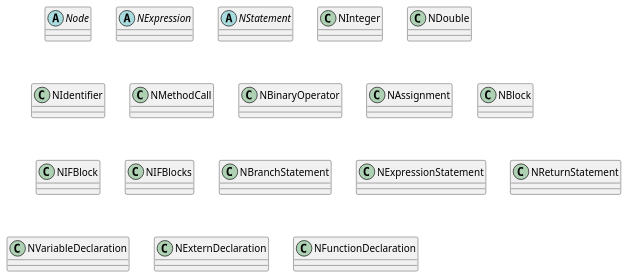
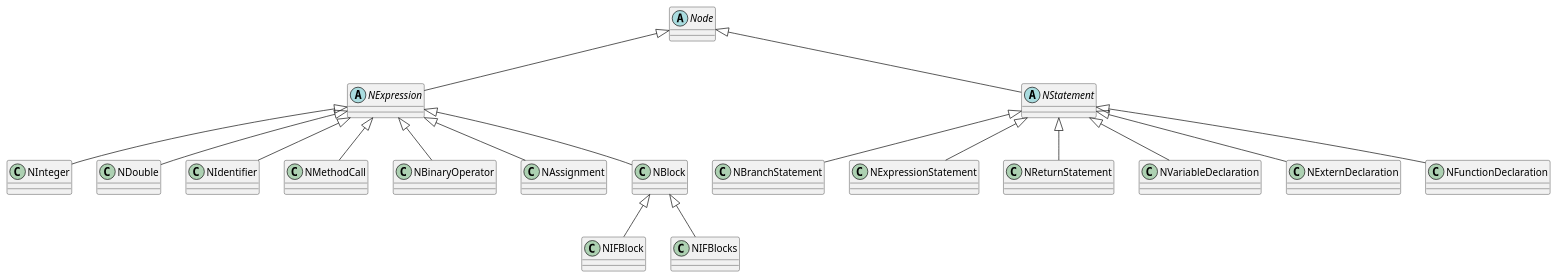
The diagram in content/2023/04/06/Writing-a-compiler-branch-and-loop.org (tengwu/tengwu.github.io), drawn with PlantUML before and after one commit.

Commit message:
(Update) Writing a compiler: branch and loop

```diff
--- a/content/2023/04/06/Writing-a-compiler-branch-and-loop.org
+++ b/content/2023/04/06/Writing-a-compiler-branch-and-loop.org
@@ -15,23 +15,44 @@
  #+BEGIN_SRC plantuml :exports results :file ../../../../resources/_gen/images/arch_v0.png
    @startuml
    abstract class "Node"
    abstract class "NExpression"
    abstract class "NStatement"
    class NInteger
    class NDouble
    class NIdentifier
    class NInteger
    class NMethodCall
    class NBinaryOperator
    class NAssignment
    class NBlock
    class NIFBlock
    class NIFBlocks
    class NBranchStatement
    class NExpressionStatement
    class NReturnStatement
    class NVariableDeclaration
    class NExternDeclaration
    class NFunctionDeclaration
+
+   Node <|-- NExpression
+   Node <|-- NStatement
+
+   NExpression <|-- NInteger
+   NExpression <|-- NDouble
+   NExpression <|-- NIdentifier
+   NExpression <|-- NMethodCall
+   NExpression <|-- NBinaryOperator
+   NExpression <|-- NAssignment
+   NExpression <|-- NBlock
+
+   NBlock <|-- NIFBlock
+   NBlock <|-- NIFBlocks
+
+   NStatement <|-- NBranchStatement
+   NStatement <|-- NExpressionStatement
+   NStatement <|-- NReturnStatement
+   NStatement <|-- NVariableDeclaration
+   NStatement <|-- NExternDeclaration
+   NStatement <|-- NFunctionDeclaration
    @enduml
  #+END_SRC
```
